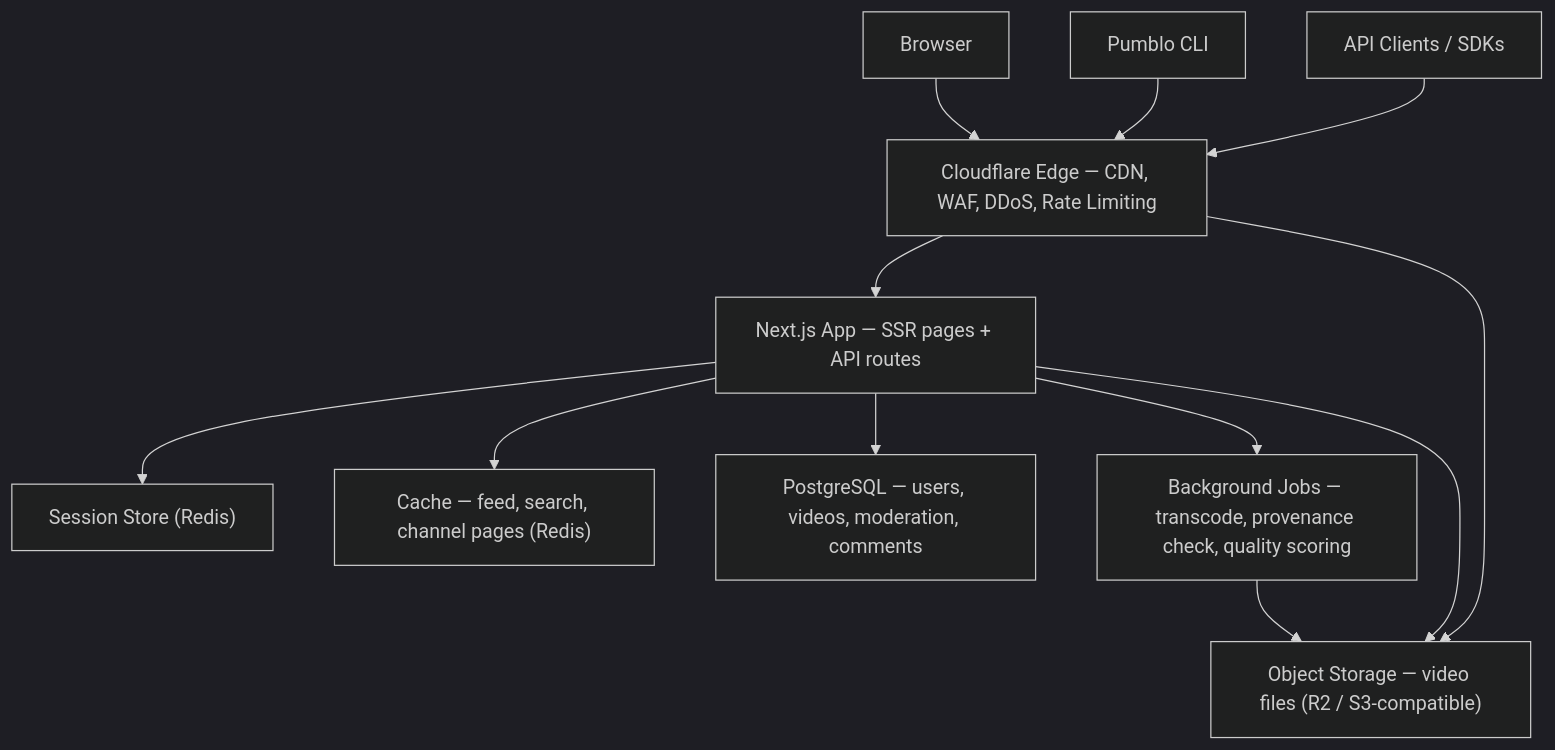
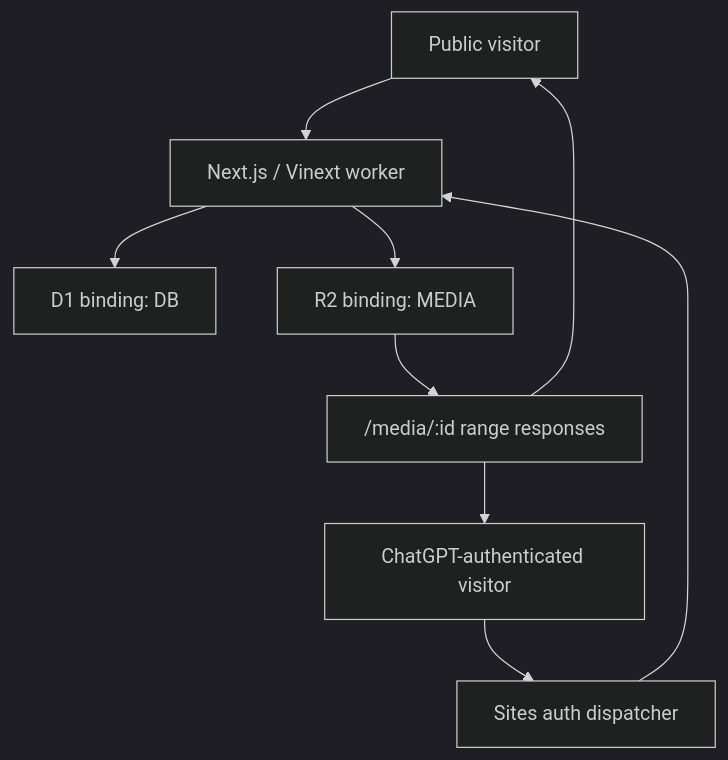
One commit to IamOumarIbrahim/pumblo changed the diagram in docs/architecture.md. Above: the diagram before and after it, drawn with Mermaid (dark theme). The commit also changed other lines of this file and 73 other files, not shown here.

````diff
--- a/docs/architecture.md
+++ b/docs/architecture.md
@@ -5,14 +5,11 @@
 ```mermaid
 flowchart TD
-    U["Browser"] --> CF["Cloudflare Edge — CDN, WAF, DDoS, Rate Limiting"]
-    CLI["Pumblo CLI"] --> CF
-    SDK["API Clients / SDKs"] --> CF
-    CF --> APP["Next.js App — SSR pages + API routes"]
-    APP --> SESS["Session Store (Redis)"]
-    APP --> CACHE["Cache — feed, search, channel pages (Redis)"]
-    APP --> DB["PostgreSQL — users, videos, moderation, comments"]
-    APP --> JOBS["Background Jobs — transcode, provenance check, quality scoring"]
-    JOBS --> STORE["Object Storage — video files (R2 / S3-compatible)"]
-    APP --> STORE
-    CF --> STORE
+    U["Public visitor"] --> APP["Next.js / Vinext worker"]
+    C["ChatGPT-authenticated visitor"] --> DISP["Sites auth dispatcher"]
+    DISP --> APP
+    APP --> DB["D1 binding: DB"]
+    APP --> STORE["R2 binding: MEDIA"]
+    STORE --> MEDIA["/media/:id range responses"]
+    MEDIA --> U
+    MEDIA --> C
 ```
````
